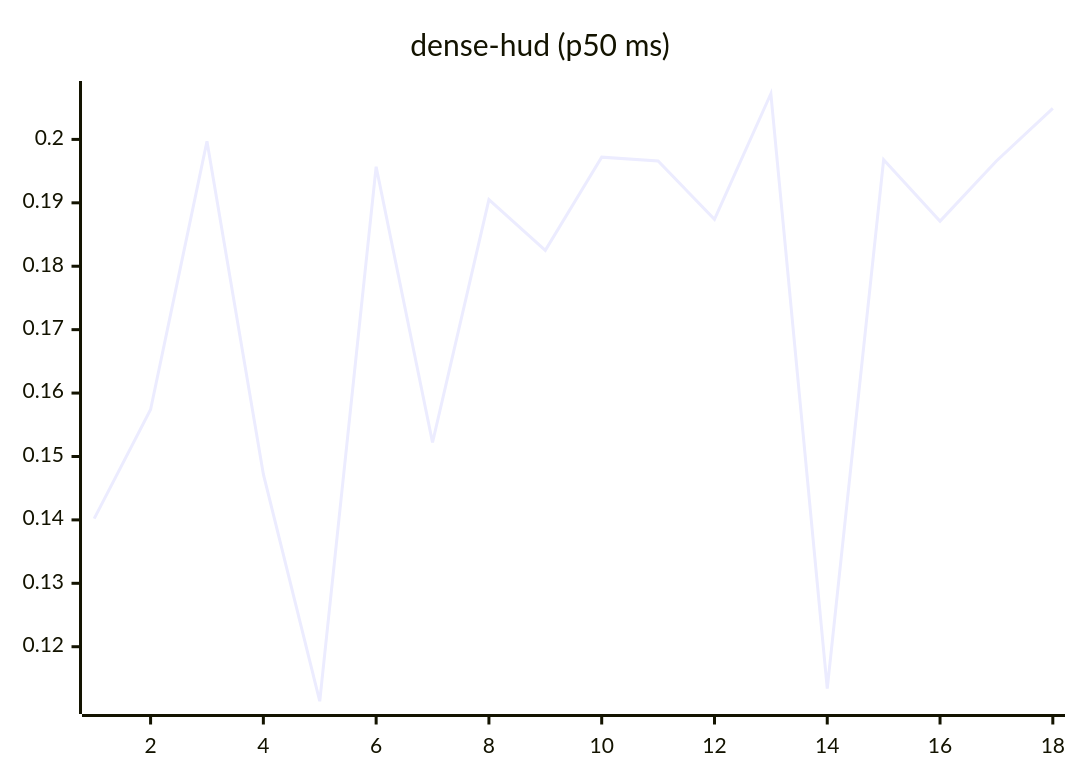
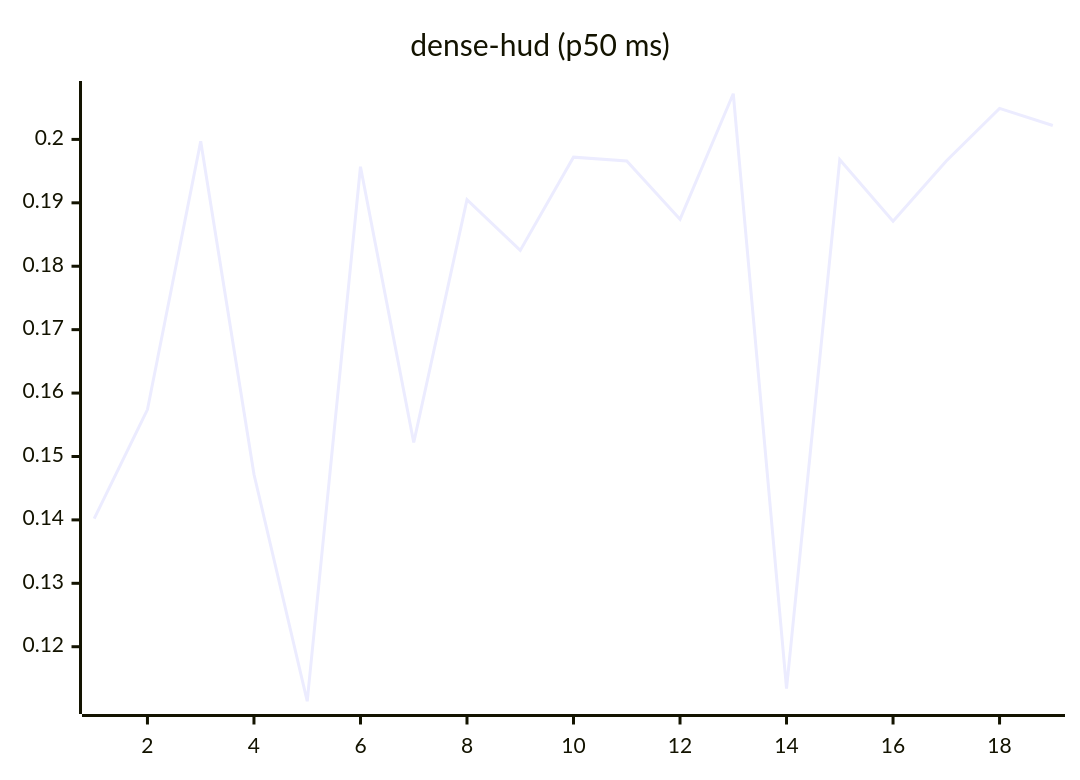
One commit to josha/Facet changed the eighth of 27 diagrams in README.md. Above: the diagram before and after it, drawn with Mermaid. The commit also changed other lines of this file and 2 other files, not shown here.

````diff
--- a/README.md
+++ b/README.md
@@ -112,6 +112,6 @@
 ```mermaid
 xychart-beta
     title "dense-hud (p50 ms)"
-    x-axis 1 --> 18
-    line [0.1402, 0.1574, 0.1997, 0.1472, 0.1114, 0.1957, 0.1522, 0.1905, 0.1825, 0.1972, 0.1966, 0.1874, 0.2072, 0.1134, 0.1968, 0.1871, 0.1966, 0.2049]
+    x-axis 1 --> 19
+    line [0.1402, 0.1574, 0.1997, 0.1472, 0.1114, 0.1957, 0.1522, 0.1905, 0.1825, 0.1972, 0.1966, 0.1874, 0.2072, 0.1134, 0.1968, 0.1871, 0.1966, 0.2049, 0.2022]
 ```
````
